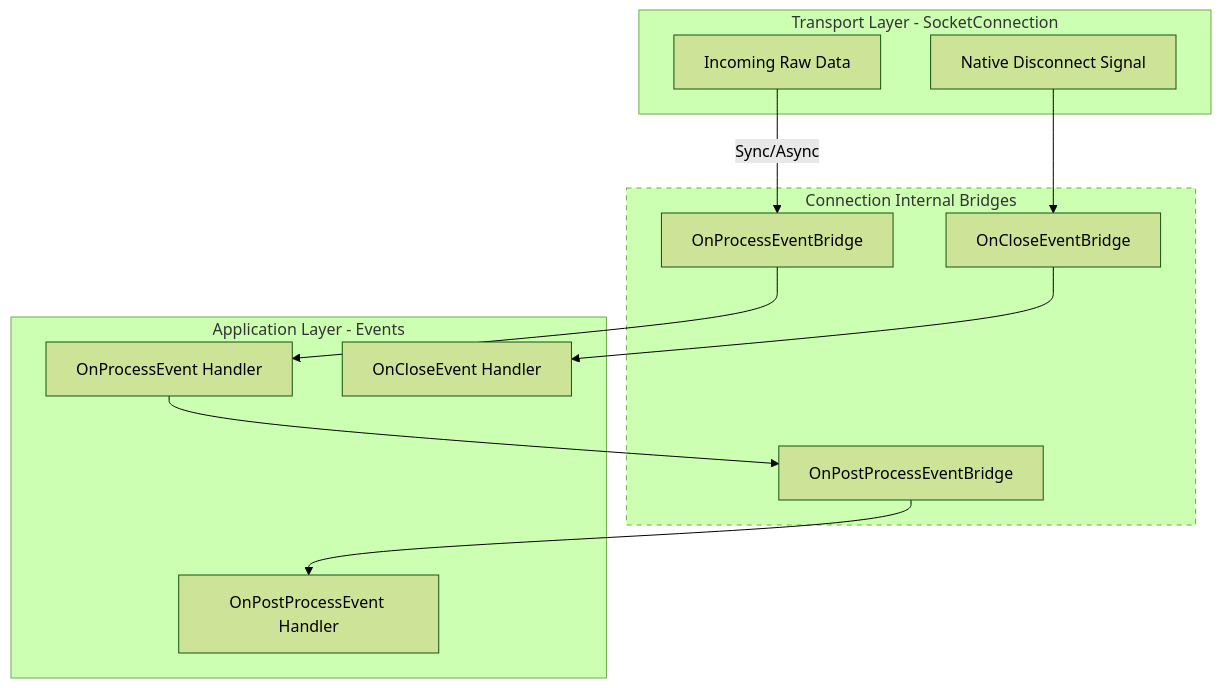
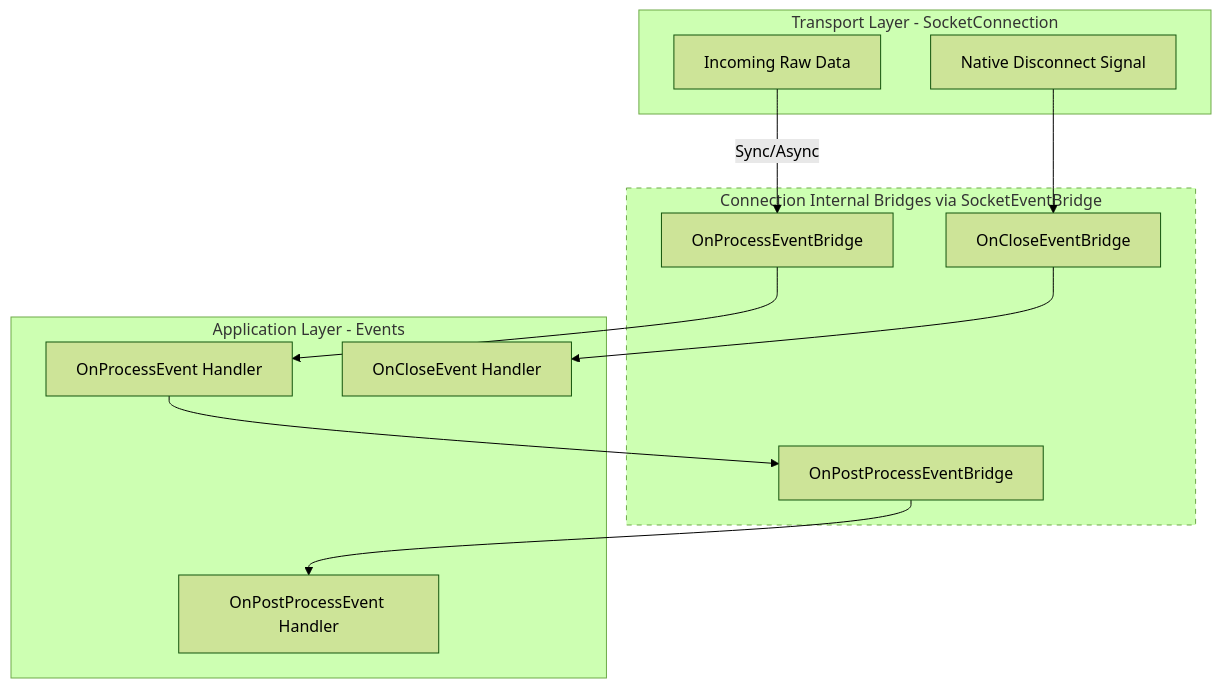
One commit to ppn-systems/Nalix changed the diagram in docs/api/network/connection/connection.md. Above: the diagram before and after it, drawn with Mermaid (forest theme). The commit also changed other lines of this file and 59 other files, not shown here.

````diff
--- a/docs/api/network/connection/connection.md
+++ b/docs/api/network/connection/connection.md
@@ -24,29 +27,29 @@
 ```mermaid
 flowchart TD
     subgraph Transport[Transport Layer - SocketConnection]
         RawData[Incoming Raw Data]
         RawClose[Native Disconnect Signal]
     end
 
-    subgraph Hub[Connection Internal Bridges]
+    subgraph Hub[Connection Internal Bridges via SocketEventBridge]
         ProcessBridge[OnProcessEventBridge]
         PostBridge[OnPostProcessEventBridge]
         CloseBridge[OnCloseEventBridge]
     end
 
     subgraph App[Application Layer - Events]
         OnProcess[OnProcessEvent Handler]
         OnPost[OnPostProcessEvent Handler]
         OnClose[OnCloseEvent Handler]
     end
 
     RawData -->|Sync/Async| ProcessBridge
     ProcessBridge --> OnProcess
     OnProcess --> PostBridge
     PostBridge --> OnPost
     
     RawClose --> CloseBridge
     CloseBridge --> OnClose
 
     style Hub stroke-dasharray: 5 5
 ```
````
